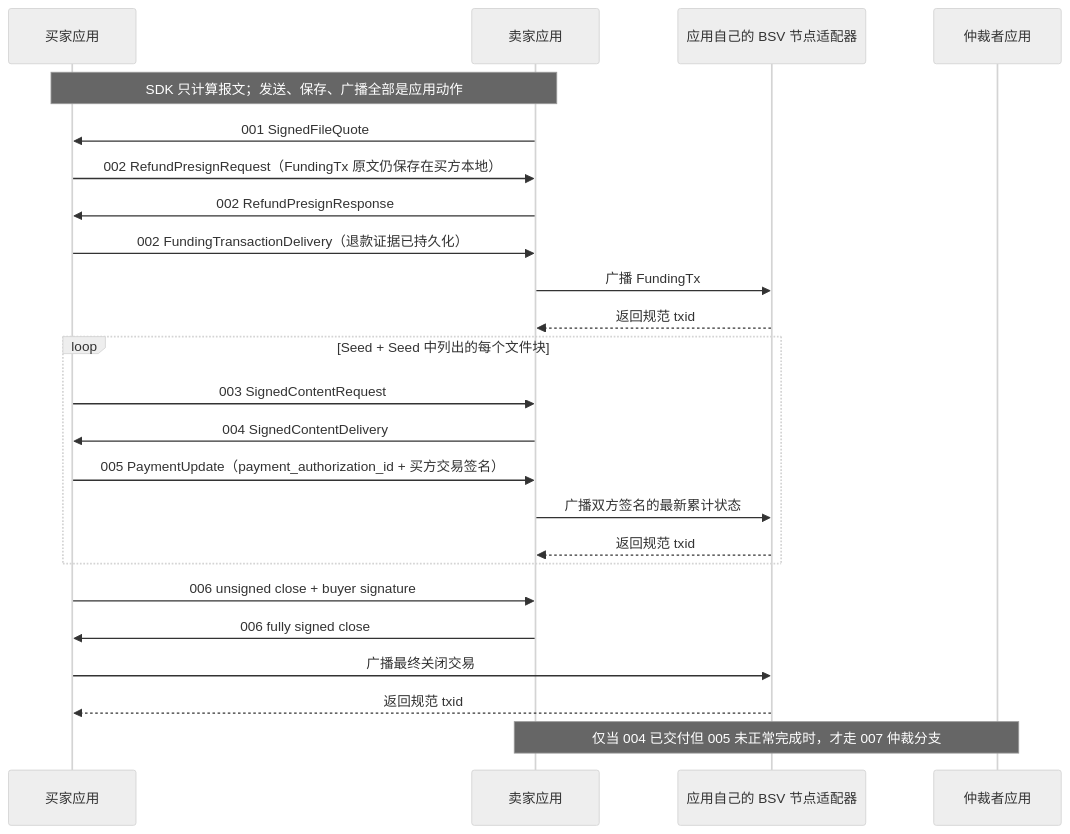
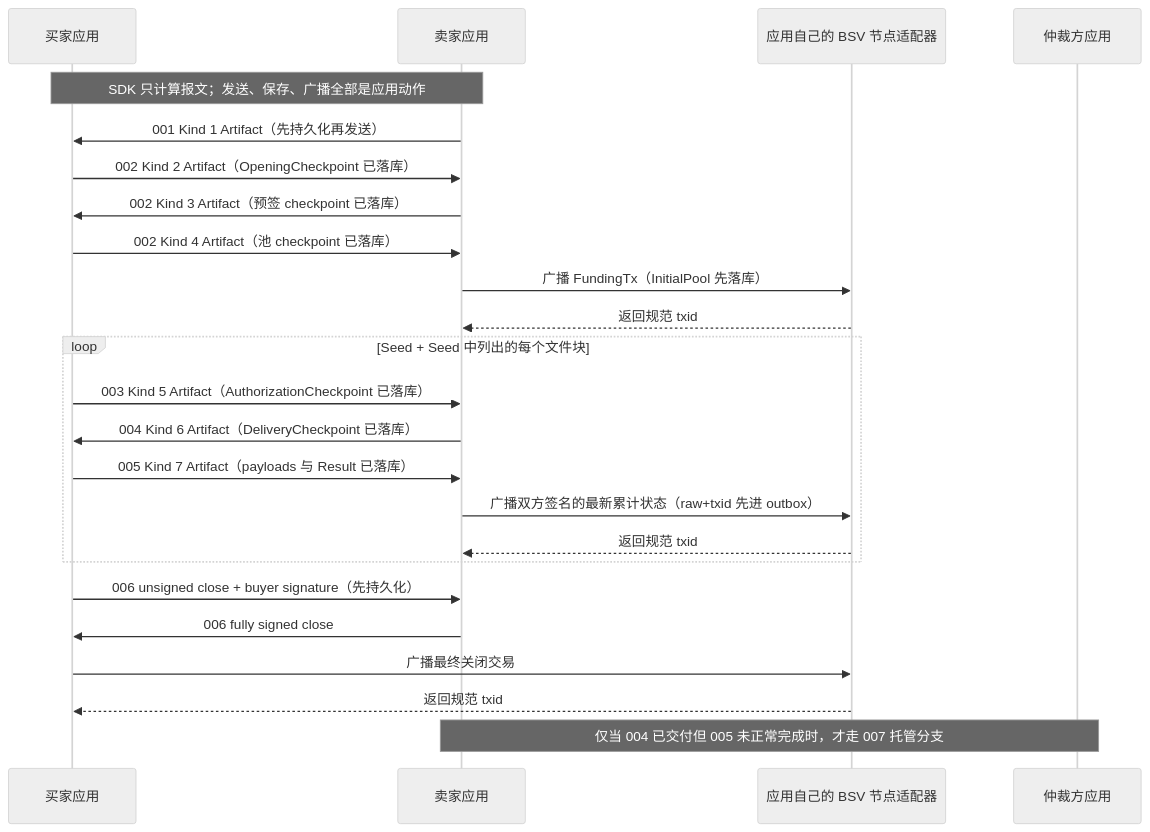
One commit to bsv8/go-bitfs changed the diagram in docs/complete-file-purchase/README.md. Above: the diagram before and after it, drawn with Mermaid (neutral theme). The commit also changed other lines of this file and 138 other files, not shown here.

````diff
--- a/docs/complete-file-purchase/README.md
+++ b/docs/complete-file-purchase/README.md
@@ -27,30 +27,30 @@
 ```mermaid
 sequenceDiagram
     participant B as 买家应用
     participant S as 卖家应用
     participant N as 应用自己的 BSV 节点适配器
-    participant A as 仲裁者应用
+    participant A as 仲裁方应用
 
     Note over B,S: SDK 只计算报文；发送、保存、广播全部是应用动作
-    S->>B: 001 SignedFileQuote
-    B->>S: 002 RefundPresignRequest（FundingTx 原文仍保存在买方本地）
-    S->>B: 002 RefundPresignResponse
-    B->>S: 002 FundingTransactionDelivery（退款证据已持久化）
-    S->>N: 广播 FundingTx
+    S->>B: 001 Kind 1 Artifact（先持久化再发送）
+    B->>S: 002 Kind 2 Artifact（OpeningCheckpoint 已落库）
+    S->>B: 002 Kind 3 Artifact（预签 checkpoint 已落库）
+    B->>S: 002 Kind 4 Artifact（池 checkpoint 已落库）
+    S->>N: 广播 FundingTx（InitialPool 先落库）
     N-->>S: 返回规范 txid
 
     loop Seed + Seed 中列出的每个文件块
-        B->>S: 003 SignedContentRequest
-        S->>B: 004 SignedContentDelivery
-        B->>S: 005 PaymentUpdate（payment_authorization_id + 买方交易签名）
-        S->>N: 广播双方签名的最新累计状态
+        B->>S: 003 Kind 5 Artifact（AuthorizationCheckpoint 已落库）
+        S->>B: 004 Kind 6 Artifact（DeliveryCheckpoint 已落库）
+        B->>S: 005 Kind 7 Artifact（payloads 与 Result 已落库）
+        S->>N: 广播双方签名的最新累计状态（raw+txid 先进 outbox）
         N-->>S: 返回规范 txid
     end
 
-    B->>S: 006 unsigned close + buyer signature
+    B->>S: 006 unsigned close + buyer signature（先持久化）
     S->>B: 006 fully signed close
     B->>N: 广播最终关闭交易
     N-->>B: 返回规范 txid
 
-    Note over S,A: 仅当 004 已交付但 005 未正常完成时，才走 007 仲裁分支
+    Note over S,A: 仅当 004 已交付但 005 未正常完成时，才走 007 托管分支
 ```
````
